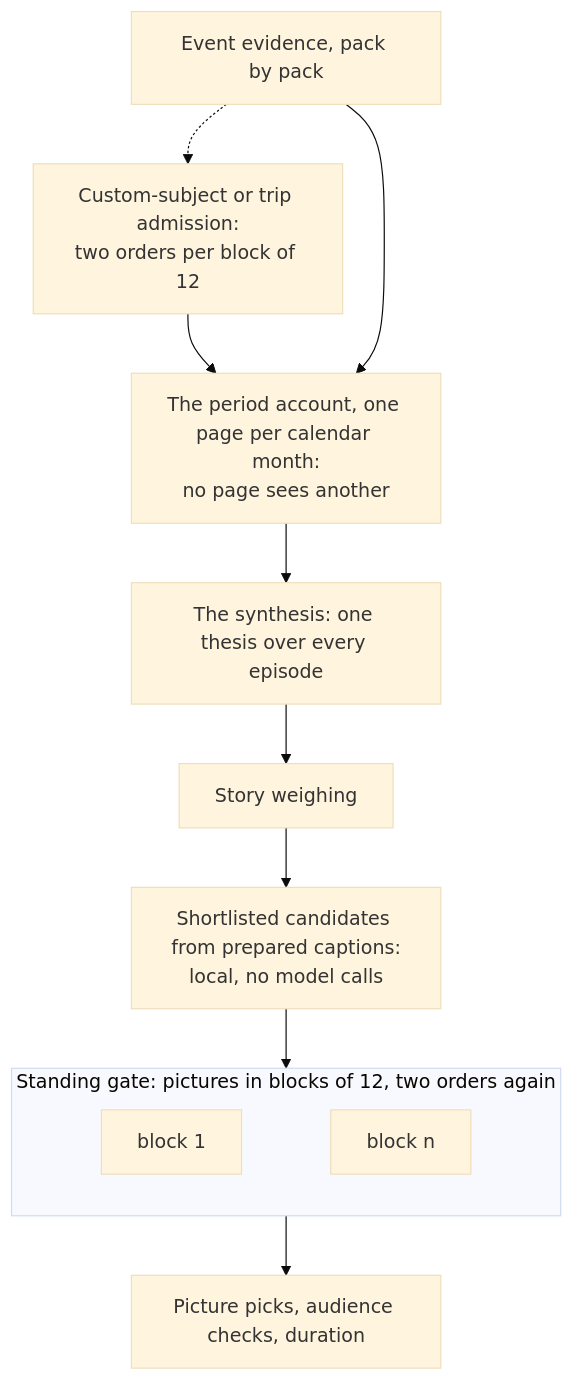
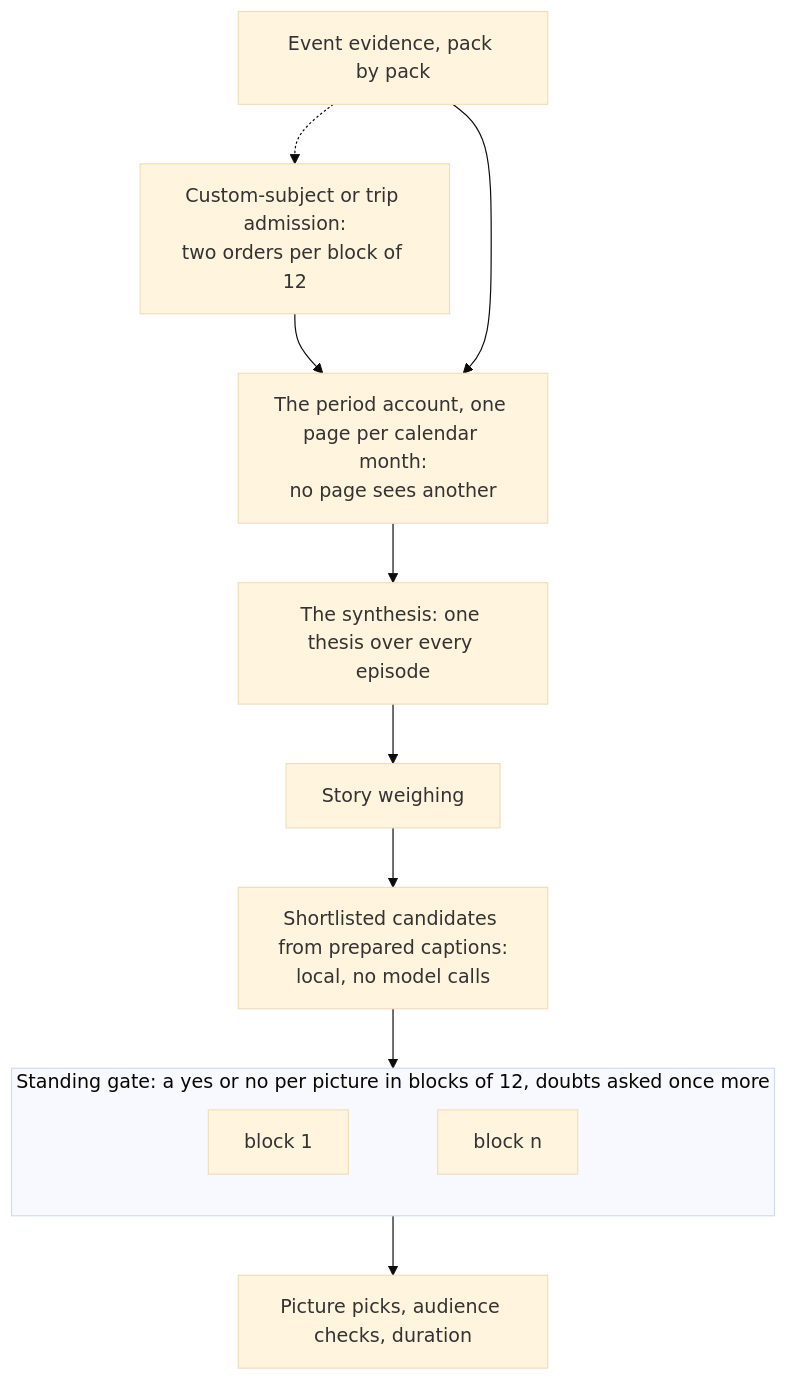
The second of 2 diagrams in docs-site/docs/create/pipeline.md (chenzeyan54-commits/immich-video-memory-generator), drawn with Mermaid (base theme) before and after one commit. The commit also changed other lines of this file and 24 other files, not shown here.

````diff
--- a/docs-site/docs/create/pipeline.md
+++ b/docs-site/docs/create/pipeline.md
@@ -691,17 +702,17 @@
 ```mermaid
 flowchart TB
     packs["Event evidence, pack by pack"]
     packs -.-> admission["Custom-subject or trip admission:<br/>two orders per block of 12"]
     admission --> pages
     packs --> pages["The period account, one page per calendar month:<br/>no page sees another"]
     pages --> synthesis["The synthesis: one thesis over every episode"]
     synthesis --> weigh["Story weighing"]
     weigh --> candidates["Shortlisted candidates from prepared captions:<br/>local, no model calls"]
     candidates --> standing
-    subgraph standing["Standing gate: pictures in blocks of 12, two orders again"]
+    subgraph standing["Standing gate: a yes or no per picture in blocks of 12, doubts asked once more"]
         direction LR
         s1["block 1"] ~~~ sn["block n"]
     end
 
     standing --> picks["Picture picks, audience checks, duration"]
 ```
````
